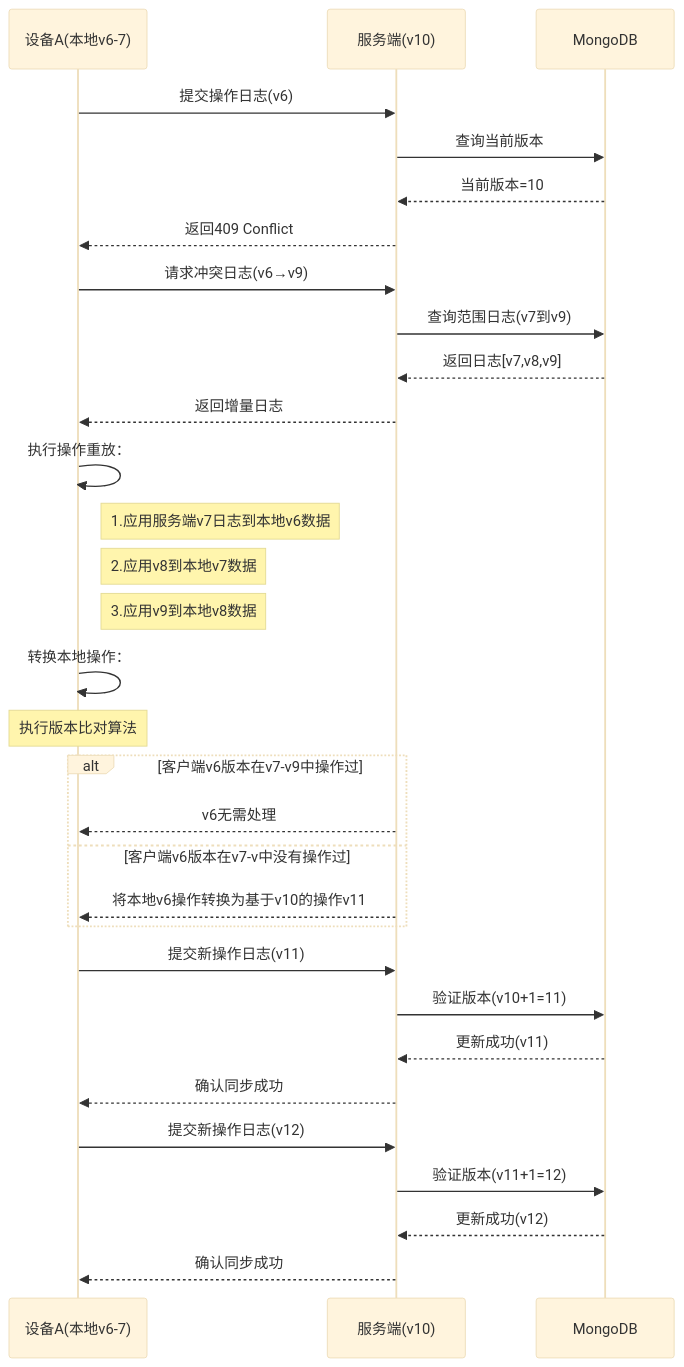
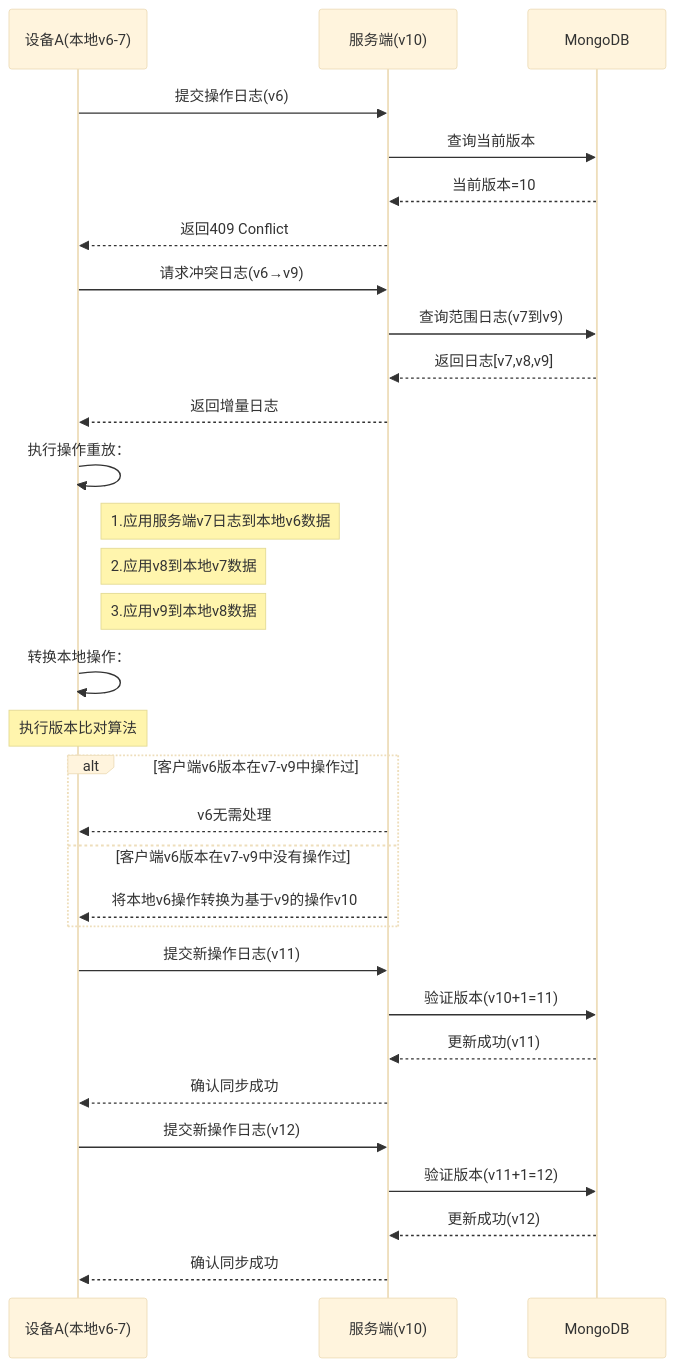
The diagram in all/未命名-26.md (yingjianzh/iodraw-files), drawn with Mermaid (base theme) before and after one commit.

Commit message:
2025-02-26 16:59:19 update

````diff
--- a/all/未命名-26.md
+++ b/all/未命名-26.md
@@ -1,45 +1,45 @@
 ```mermaid
 sequenceDiagram
     participant A as 设备A(本地v6-7)
     participant S as 服务端(v10)
     participant DB as MongoDB
 
     %% 初始同步尝试
     A->>S: 提交操作日志(v6)
     S->>DB: 查询当前版本
     DB-->>S: 当前版本=10
     S-->>A: 返回409 Conflict
 
     %% 冲突解决阶段
     A->>S: 请求冲突日志(v6→v9)
     S->>DB: 查询范围日志(v7到v9)
     DB-->>S: 返回日志[v7,v8,v9]
     S-->>A: 返回增量日志
 
 
     %% 本地数据重建
     A->>A: 执行操作重放：
     note right of A: 1.应用服务端v7日志到本地v6数据
     note right of A: 2.应用v8到本地v7数据
     note right of A: 3.应用v9到本地v8数据
 
     %% 本地操作转换
     A->>A: 转换本地操作：
     Note over A: 执行版本比对算法
     alt 客户端v6版本在v7-v9中操作过
         S-->>A: v6无需处理
-    else 客户端v6版本在v7-v中没有操作过
-        S-->>A: 将本地v6操作转换为基于v10的操作v11
+    else 客户端v6版本在v7-v9中没有操作过
+        S-->>A: 将本地v6操作转换为基于v9的操作v10
     end
 
     %% 重新提交
     A->>S: 提交新操作日志(v11)
     S->>DB: 验证版本(v10+1=11)
     DB-->>S: 更新成功(v11)
     S-->>A: 确认同步成功
 
     A->>S: 提交新操作日志(v12)
     S->>DB: 验证版本(v11+1=12)
     DB-->>S: 更新成功(v12)
     S-->>A: 确认同步成功
 ```
````
